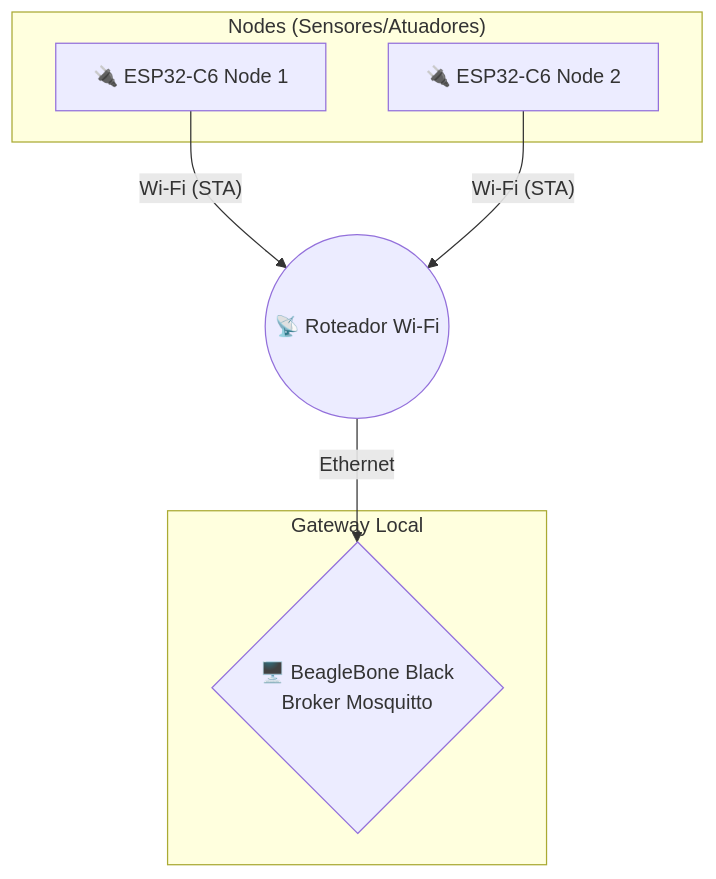
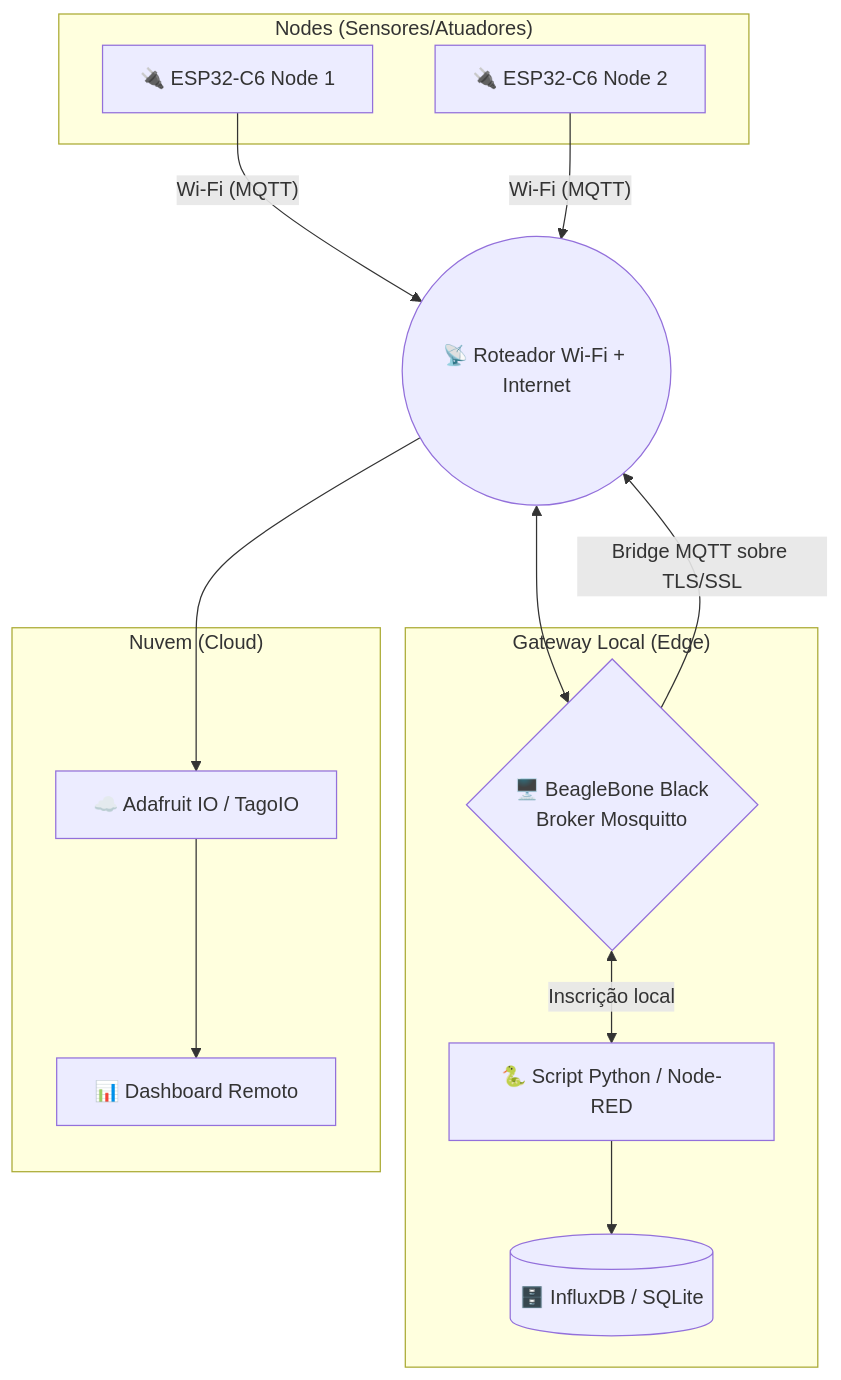
Before and after one commit to Rodriguesmath/led-MQTT: the diagram in README.md, drawn with Mermaid. The commit also changed other lines of this file, not shown here.

````diff
--- a/README.md
+++ b/README.md
@@ -16,17 +16,30 @@
 ```mermaid
 graph TD
     subgraph "Nodes (Sensores/Atuadores)"
         E1[🔌 ESP32-C6 Node 1]
         E2[🔌 ESP32-C6 Node 2]
     end
     
-    R((📡 Roteador Wi-Fi))
+    R((📡 Roteador Wi-Fi + Internet))
     
-    subgraph "Gateway Local"
+    subgraph "Gateway Local (Edge)"
         B{🖥️ BeagleBone Black<br>Broker Mosquitto}
+        DB[(🗄️ InfluxDB / SQLite)]
+        Script[🐍 Script Python / Node-RED]
     end
 
-    E1 -- "Wi-Fi (STA)" --> R
-    E2 -- "Wi-Fi (STA)" --> R
-    R -- "Ethernet" --> B
+    subgraph "Nuvem (Cloud)"
+        Cloud[☁️ Adafruit IO / TagoIO]
+        Dash[📊 Dashboard Remoto]
+    end
+
+    E1 -- "Wi-Fi (MQTT)" --> R
+    E2 -- "Wi-Fi (MQTT)" --> R
+    R <--> B
+    B <-- "Inscrição local" --> Script
+    Script --> DB
+    B -- "Bridge MQTT sobre TLS/SSL" --> R
+    R --> Cloud
+    Cloud --> Dash
+
 ```
````
